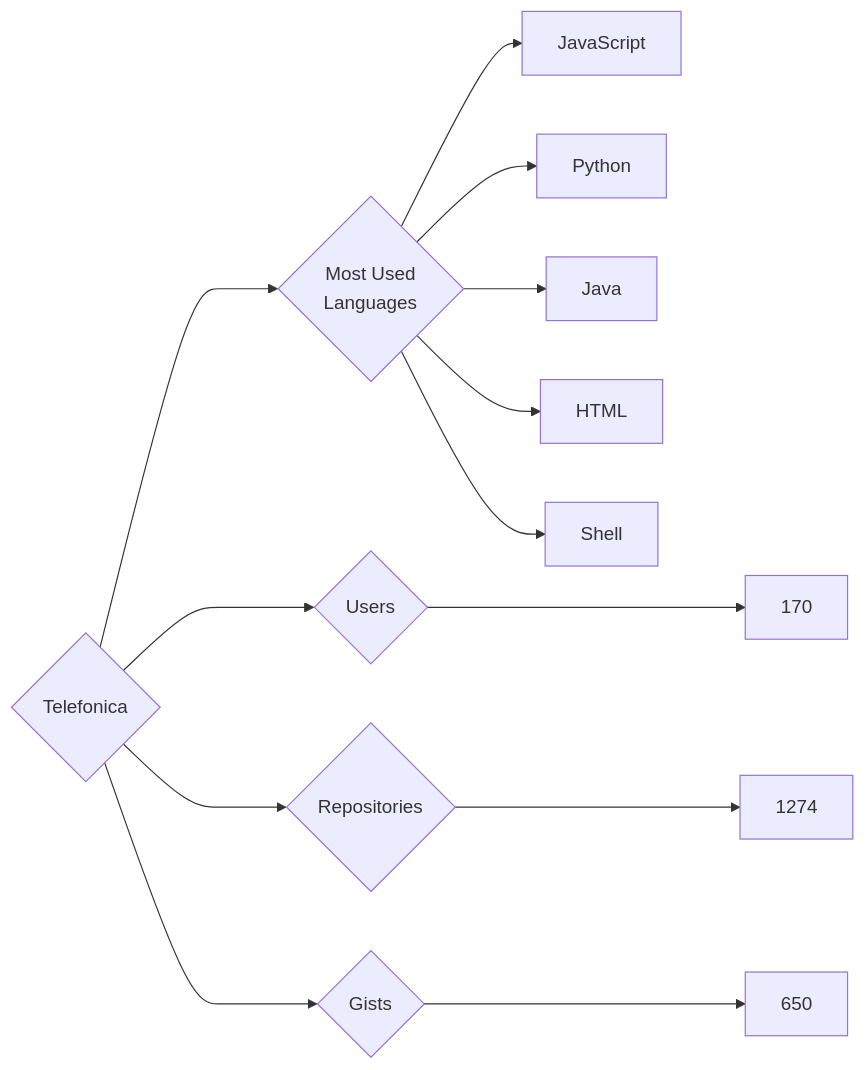
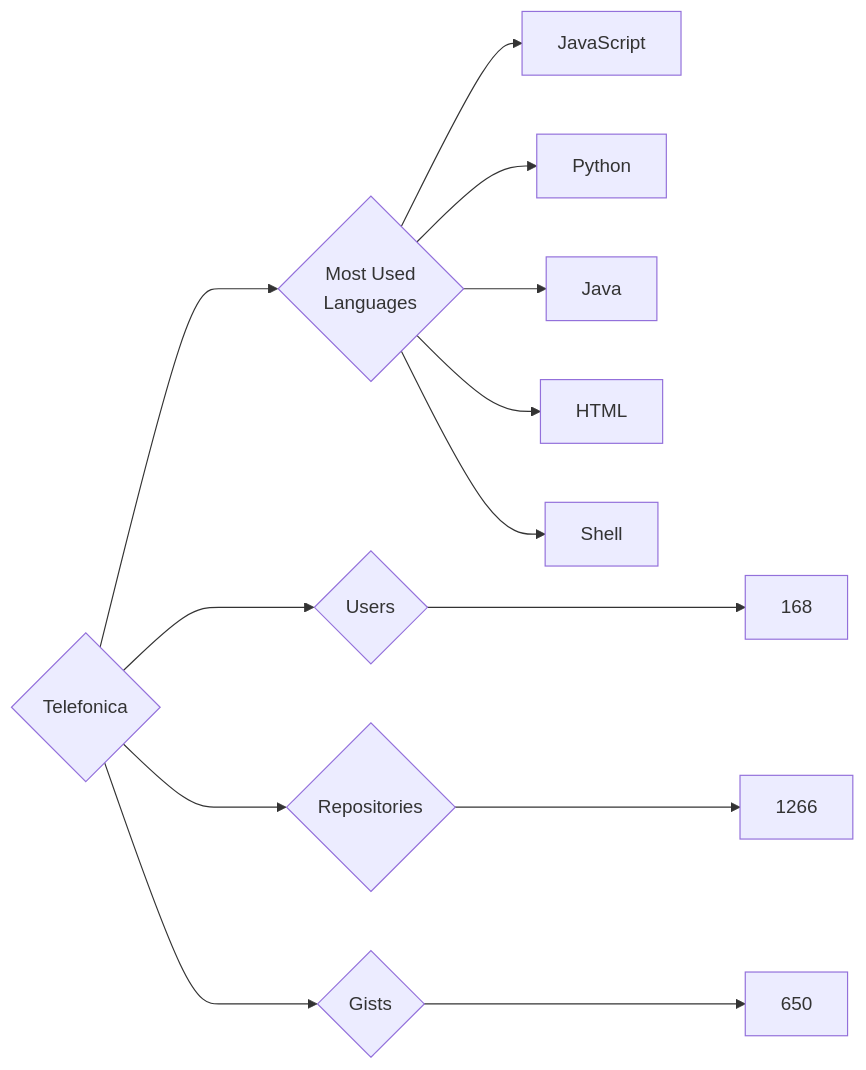
The diagram in targets/Telefonica/README.md (trickest/insiders), drawn with Mermaid before and after one commit. The commit also changed 895 other files, not shown here.

````diff
--- a/targets/Telefonica/README.md
+++ b/targets/Telefonica/README.md
@@ -3,13 +3,13 @@
 ```mermaid
 graph LR
 COMPANY_NAME{Telefonica}
-COMPANY_NAME ---> U{Users} ---> UN[170]
-COMPANY_NAME ---> R{Repositories} ---> RN[1274]
+COMPANY_NAME ---> U{Users} ---> UN[168]
+COMPANY_NAME ---> R{Repositories} ---> RN[1266]
 COMPANY_NAME ---> G{Gists} ---> GN[650]
 COMPANY_NAME ---> ML{Most Used<br>Languages}
 ML --> JavaScript[JavaScript]
 ML --> Python[Python]
 ML --> Java[Java]
 ML --> HTML[HTML]
 ML --> Shell[Shell]
 ```
````
